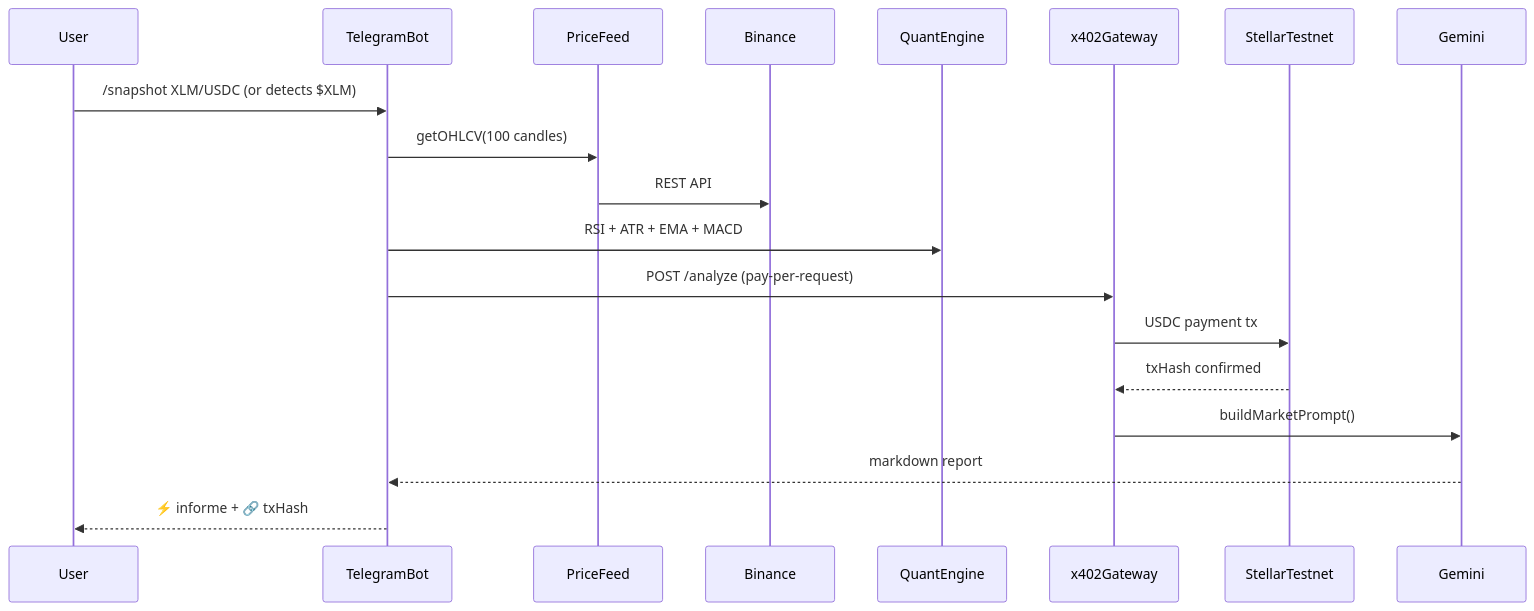
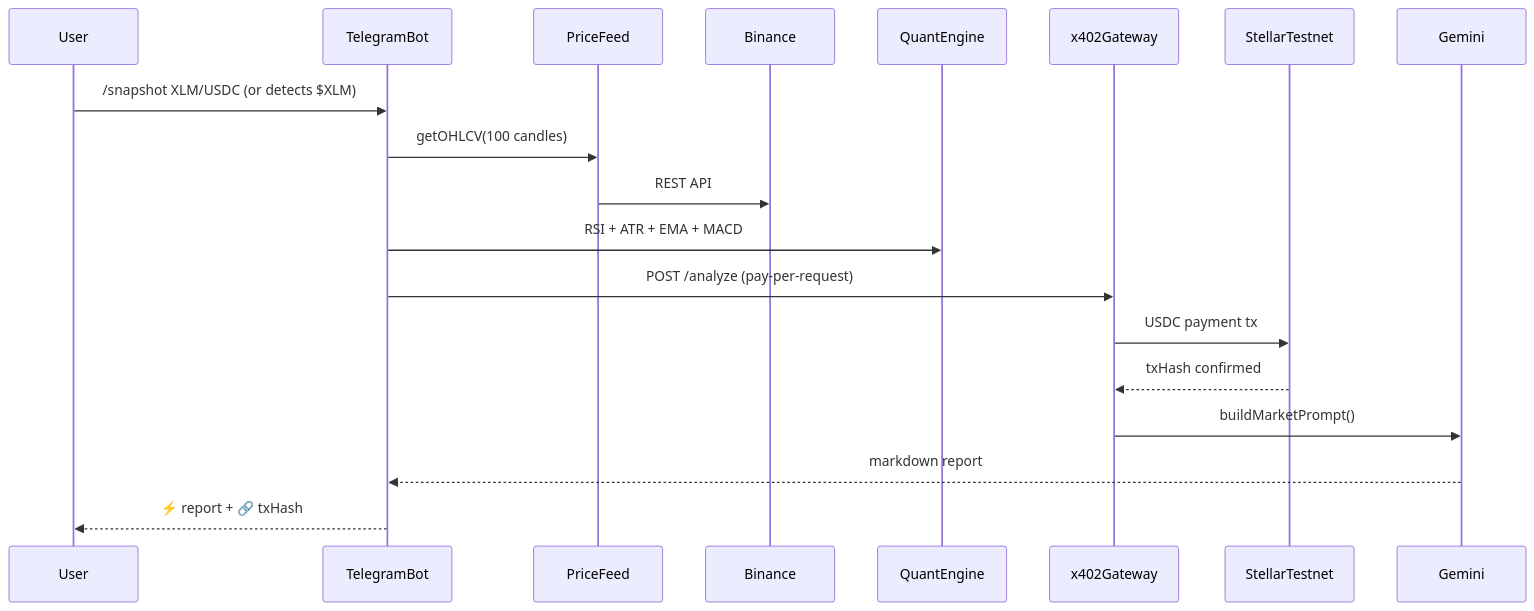
The second of 2 diagrams in README.md (Handilusa/Ferrule), drawn with Mermaid before and after one commit. The commit also changed other lines of this file, not shown here.

Commit message:
docs(readme): fix remaining Spanish strings in mermaid diagram and footer

````diff
--- a/README.md
+++ b/README.md
@@ -86,13 +86,13 @@
 ```mermaid
 sequenceDiagram
     User->>TelegramBot: /snapshot XLM/USDC (or detects $XLM)
     TelegramBot->>PriceFeed: getOHLCV(100 candles)
     PriceFeed->>Binance: REST API
     TelegramBot->>QuantEngine: RSI + ATR + EMA + MACD 
     TelegramBot->>x402Gateway: POST /analyze (pay-per-request)
     x402Gateway->>StellarTestnet: USDC payment tx
     StellarTestnet-->>x402Gateway: txHash confirmed
     x402Gateway->>Gemini: buildMarketPrompt()
     Gemini-->>TelegramBot: markdown report
-    TelegramBot-->>User: ⚡ informe + 🔗 txHash
+    TelegramBot-->>User: ⚡ report + 🔗 txHash
 ```
````
